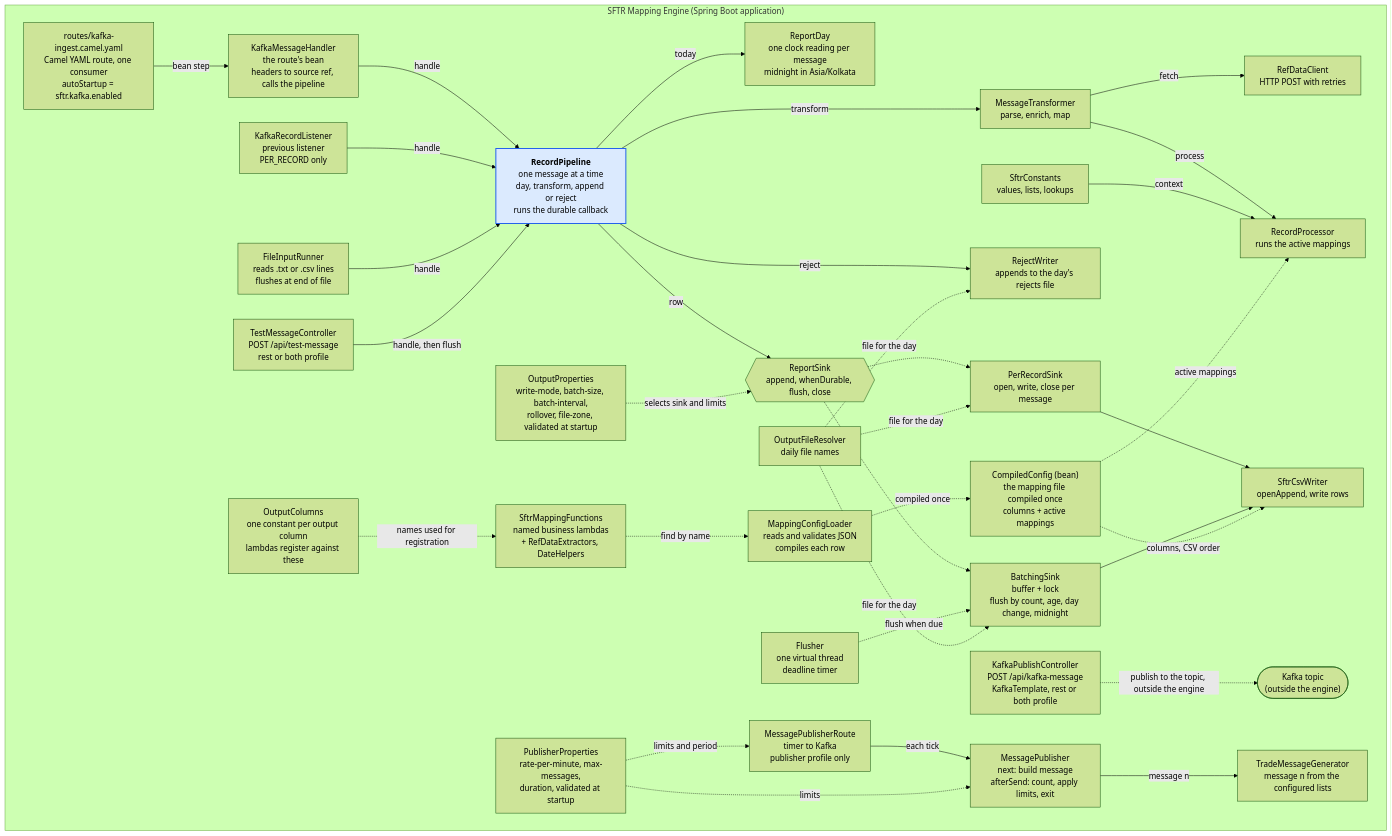
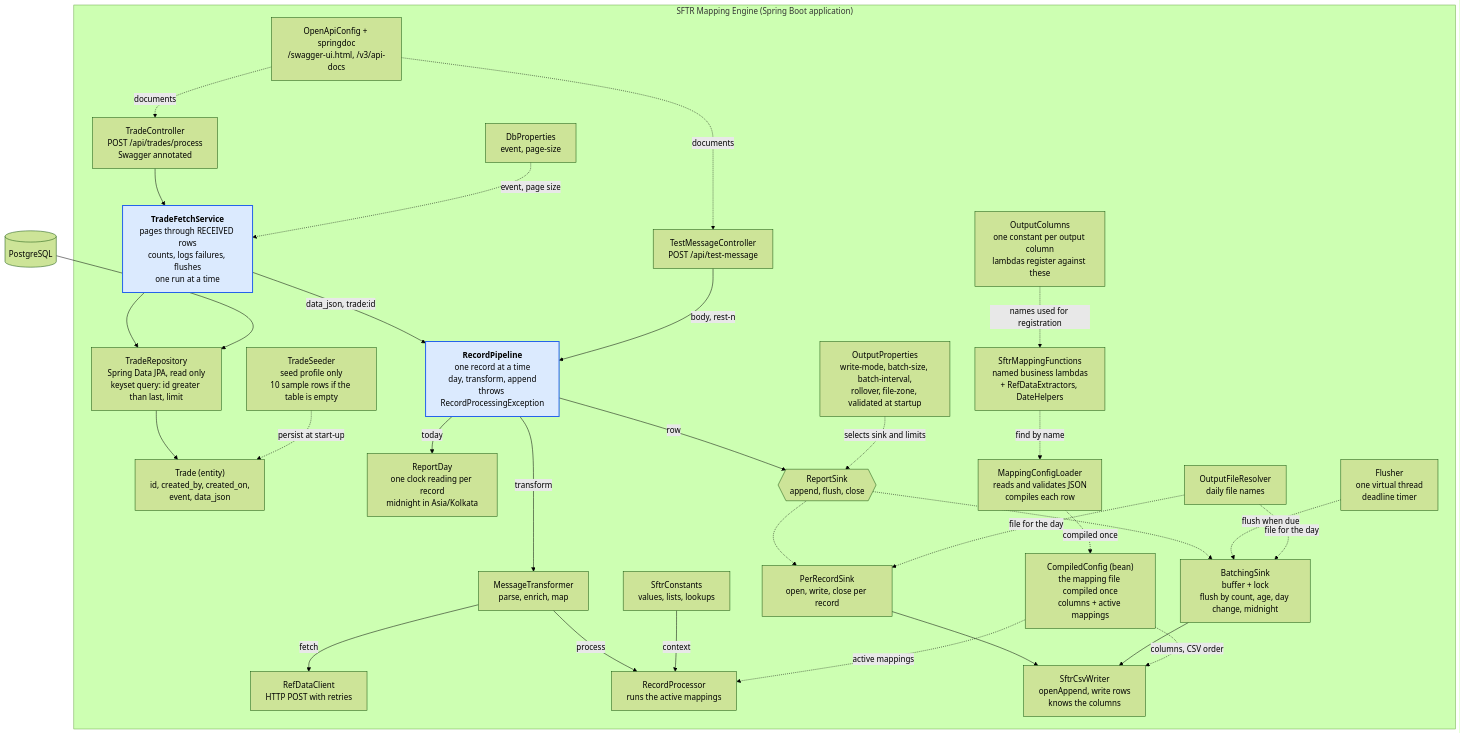
One commit to shanregs/msg-transformer changed the third of 13 diagrams in docs/c4-architecture.md. Above: the diagram before and after it, drawn with Mermaid (forest theme). The commit also changed other lines of this file and 72 other files, not shown here.

First line of the commit message:
Read trades from a Postgres table instead of Kafka or files (#15)

````diff
--- a/docs/c4-architecture.md
+++ b/docs/c4-architecture.md
@@ -45,68 +41,63 @@
 ```mermaid
 flowchart TB
     subgraph engine["SFTR Mapping Engine (Spring Boot application)"]
-        route["routes/kafka-ingest.camel.yaml<br/>Camel YAML route, one consumer<br/>autoStartup = sftr.kafka.enabled"]
-        handler["KafkaMessageHandler<br/>the route's bean<br/>headers to source ref, calls the pipeline"]
-        legacy["KafkaRecordListener<br/>previous listener<br/>PER_RECORD only"]
-        file["FileInputRunner<br/>reads .txt or .csv lines<br/>flushes at end of file"]
-        rest["TestMessageController<br/>POST /api/test-message<br/>rest or both profile"]
-        kpub["KafkaPublishController<br/>POST /api/kafka-message<br/>KafkaTemplate, rest or both profile"]
-        pipe["<b>RecordPipeline</b><br/>one message at a time<br/>day, transform, append or reject<br/>runs the durable callback"]
-        day["ReportDay<br/>one clock reading per message<br/>midnight in Asia/Kolkata"]
+        tc["TradeController<br/>POST /api/trades/process<br/>Swagger annotated"]
+        mc["TestMessageController<br/>POST /api/test-message"]
+        fetch["<b>TradeFetchService</b><br/>pages through RECEIVED rows<br/>counts, logs failures, flushes<br/>one run at a time"]
+        repo["TradeRepository<br/>Spring Data JPA, read only<br/>keyset query: id greater than last, limit"]
+        ent["Trade (entity)<br/>id, created_by, created_on,<br/>event, data_json"]
+        dbp["DbProperties<br/>event, page-size"]
+        seed["TradeSeeder<br/>seed profile only<br/>10 sample rows if the table is empty"]
+        pipe["<b>RecordPipeline</b><br/>one record at a time<br/>day, transform, append<br/>throws RecordProcessingException"]
+        day["ReportDay<br/>one clock reading per record<br/>midnight in Asia/Kolkata"]
         tf["MessageTransformer<br/>parse, enrich, map"]
         ref["RefDataClient<br/>HTTP POST with retries"]
         proc["RecordProcessor<br/>runs the active mappings"]
-        sink{{"ReportSink<br/>append, whenDurable, flush, close"}}
-        per["PerRecordSink<br/>open, write, close per message"]
+        sink{{"ReportSink<br/>append, flush, close"}}
+        per["PerRecordSink<br/>open, write, close per record"]
         batch["BatchingSink<br/>buffer + lock<br/>flush by count, age, day change, midnight"]
         timer["Flusher<br/>one virtual thread<br/>deadline timer"]
-        rej["RejectWriter<br/>appends to the day's rejects file"]
-        csv["SftrCsvWriter<br/>openAppend, write rows"]
+        csv["SftrCsvWriter<br/>openAppend, write rows<br/>knows the columns"]
         files["OutputFileResolver<br/>daily file names"]
         props["OutputProperties<br/>write-mode, batch-size, batch-interval,<br/>rollover, file-zone, validated at startup"]
         loader["MappingConfigLoader<br/>reads and validates JSON<br/>compiles each row"]
         cfgbean["CompiledConfig (bean)<br/>the mapping file compiled once<br/>columns + active mappings"]
         fns["SftrMappingFunctions<br/>named business lambdas<br/>+ RefDataExtractors, DateHelpers"]
         cols["OutputColumns<br/>one constant per output column<br/>lambdas register against these"]
         consts["SftrConstants<br/>values, lists, lookups"]
-        ptimer["MessagePublisherRoute<br/>timer to Kafka<br/>publisher profile only"]
-        pub["MessagePublisher<br/>next: build message<br/>afterSend: count, apply limits, exit"]
-        gen["TradeMessageGenerator<br/>message n from the configured lists"]
-        pprops["PublisherProperties<br/>rate-per-minute, max-messages,<br/>duration, validated at startup"]
-        pub_topic(["Kafka topic<br/>(outside the engine)"])
+        api["OpenApiConfig + springdoc<br/>/swagger-ui.html, /v3/api-docs"]
 
-        route -->|bean step| handler
-        handler -->|handle| pipe
-        legacy -->|handle| pipe
-        file -->|handle| pipe
-        rest -->|handle, then flush| pipe
+        tc --> fetch
+        fetch --> repo
+        repo --> ent
+        dbp -.->|event, page size| fetch
+        seed -.->|persist at start-up| ent
+        fetch -->|"data_json, trade:id"| pipe
+        mc -->|"body, rest-n"| pipe
         pipe -->|today| day
         pipe -->|transform| tf
         tf -->|fetch| ref
         tf -->|process| proc
         consts -->|context| proc
         pipe -->|row| sink
-        pipe -->|reject| rej
         sink -.-> per
         sink -.-> batch
         timer -.->|flush when due| batch
         per --> csv
         batch --> csv
         files -.->|file for the day| per
         files -.->|file for the day| batch
-        files -.->|file for the day| rej
         props -.->|selects sink and limits| sink
         loader -.->|compiled once| cfgbean
         cfgbean -.->|active mappings| proc
         cfgbean -.->|columns, CSV order| csv
         fns -.->|find by name| loader
         cols -.->|names used for registration| fns
-        kpub -.->|publish to the topic, outside the engine| pub_topic
-        ptimer -->|each tick| pub
-        pub -->|message n| gen
-        pprops -.->|limits and period| ptimer
-        pprops -.->|limits| pub
+        api -.->|documents| tc
+        api -.->|documents| mc
     end
+    pg[("PostgreSQL")] --> repo
 
     style pipe fill:#dbeafe,stroke:#2563eb,stroke-width:2px
+    style fetch fill:#dbeafe,stroke:#2563eb,stroke-width:2px
 ```
````
